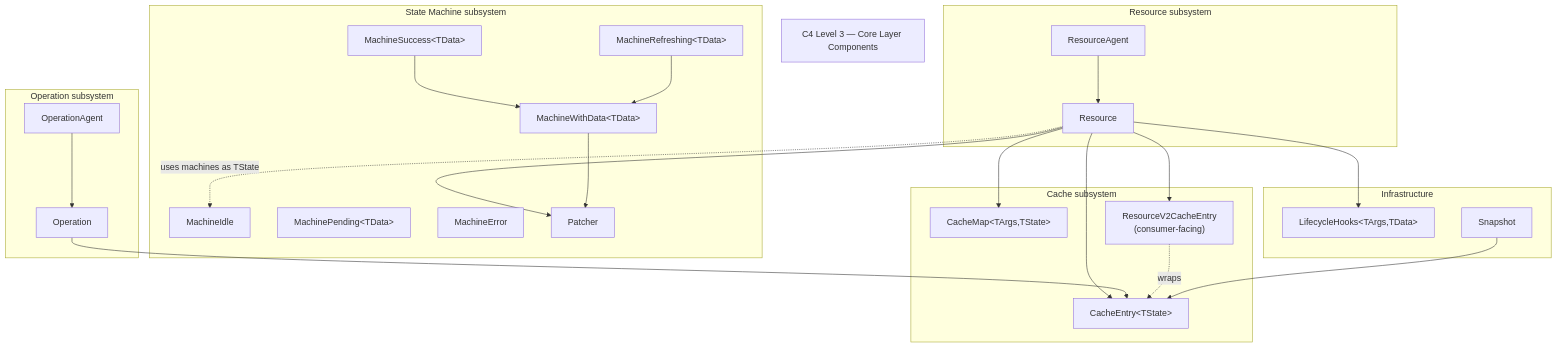
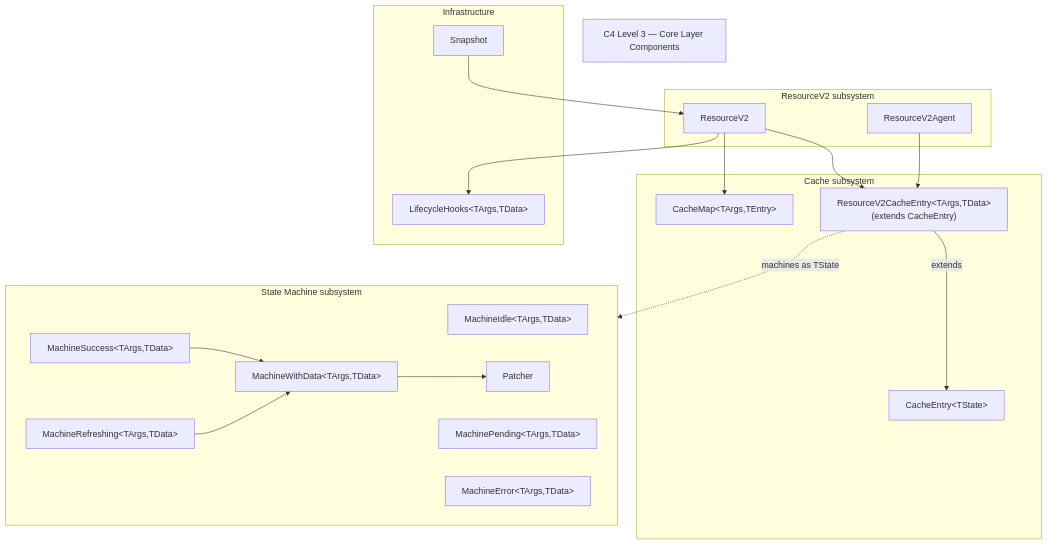
One commit to fozy-labs/rx-toolkit changed the third of 8 diagrams in .thoughts/2026-03-23-1400_query-v2-full-implementation/02-design/01-architecture.md. Above: the diagram before and after it, drawn with Mermaid. The commit also changed other lines of this file and 204 other files, not shown here.

````diff
--- a/.thoughts/2026-03-23-1400_query-v2-full-implementation/02-design/01-architecture.md
+++ b/.thoughts/2026-03-23-1400_query-v2-full-implementation/02-design/01-architecture.md
@@ -108,50 +99,41 @@
 ```mermaid
 graph TB
     title["C4 Level 3 — Core Layer Components"]
     
-    subgraph "Resource subsystem"
-        Res["Resource<TArgs,TData>"]
-        RA["ResourceAgent<TArgs,TData>"]
-    end
-    
-    subgraph "Operation subsystem"
-        Op["Operation<TArgs,TData>"]
-        OA["OperationAgent<TArgs,TData>"]
+    subgraph "ResourceV2 subsystem"
+        Res["ResourceV2<TArgs,TData>"]
+        RA["ResourceV2Agent<TArgs,TData>"]
     end
     
     subgraph "Cache subsystem"
         CE["CacheEntry&lt;TState&gt;"]
-        CM["CacheMap&lt;TArgs,TState&gt;"]
-        RCE["ResourceV2CacheEntry<br/>(consumer-facing)"]
+        CM["CacheMap&lt;TArgs,TEntry&gt;"]
+        RCE["ResourceV2CacheEntry&lt;TArgs,TData&gt;<br/>(extends CacheEntry)"]
     end
     
-    subgraph "State Machine subsystem"
-        MI["MachineIdle"]
-        MP["MachinePending&lt;TData&gt;"]
-        MS["MachineSuccess&lt;TData&gt;"]
-        ME["MachineError"]
-        MR["MachineRefreshing&lt;TData&gt;"]
-        MWD["MachineWithData&lt;TData&gt;"]
+    subgraph MachSub ["State Machine subsystem"]
+        MI["MachineIdle&lt;TArgs,TData&gt;"]
+        MP["MachinePending&lt;TArgs,TData&gt;"]
+        MS["MachineSuccess&lt;TArgs,TData&gt;"]
+        ME["MachineError&lt;TArgs,TData&gt;"]
+        MR["MachineRefreshing&lt;TArgs,TData&gt;"]
+        MWD["MachineWithData&lt;TArgs,TData&gt;"]
         Pat["Patcher"]
     end
     
     subgraph "Infrastructure"
         LH["LifecycleHooks&lt;TArgs,TData&gt;"]
         Snap["Snapshot"]
     end
     
     Res --> CM
-    Res --> CE
+    Res --> RCE
     Res --> LH
-    Res --> Pat
-    RA --> Res
-    Op --> CE
-    OA --> Op
-    Res -.->|"uses machines as TState"| MI
+    RA --> RCE
+    RCE -.->|"machines as TState"| MachSub
     MS --> MWD
     MR --> MWD
     MWD --> Pat
-    Res --> RCE
-    RCE -.->|"wraps"| CE
-    Snap --> CE
+    RCE -->|"extends"| CE
+    Snap --> Res
 ```
````
